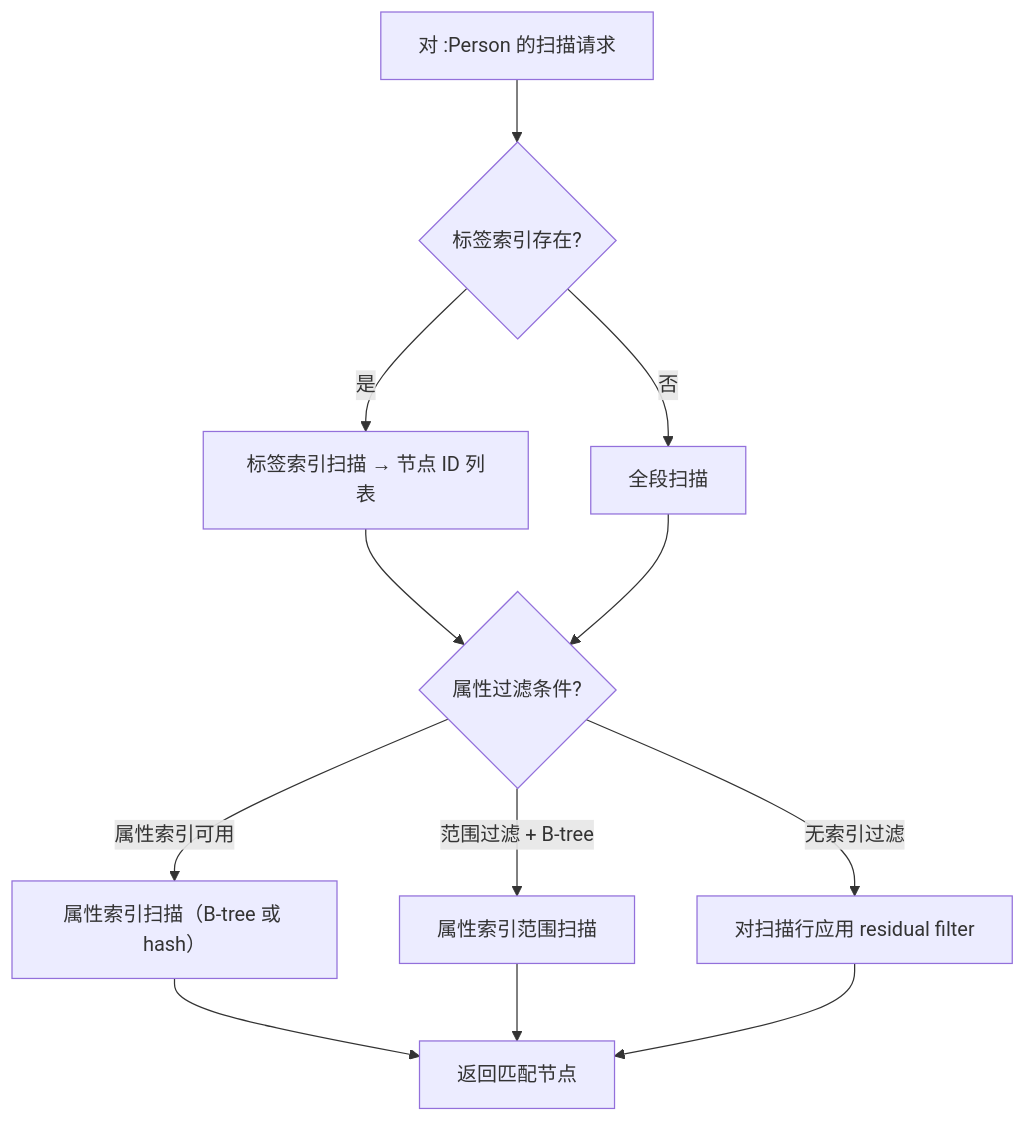
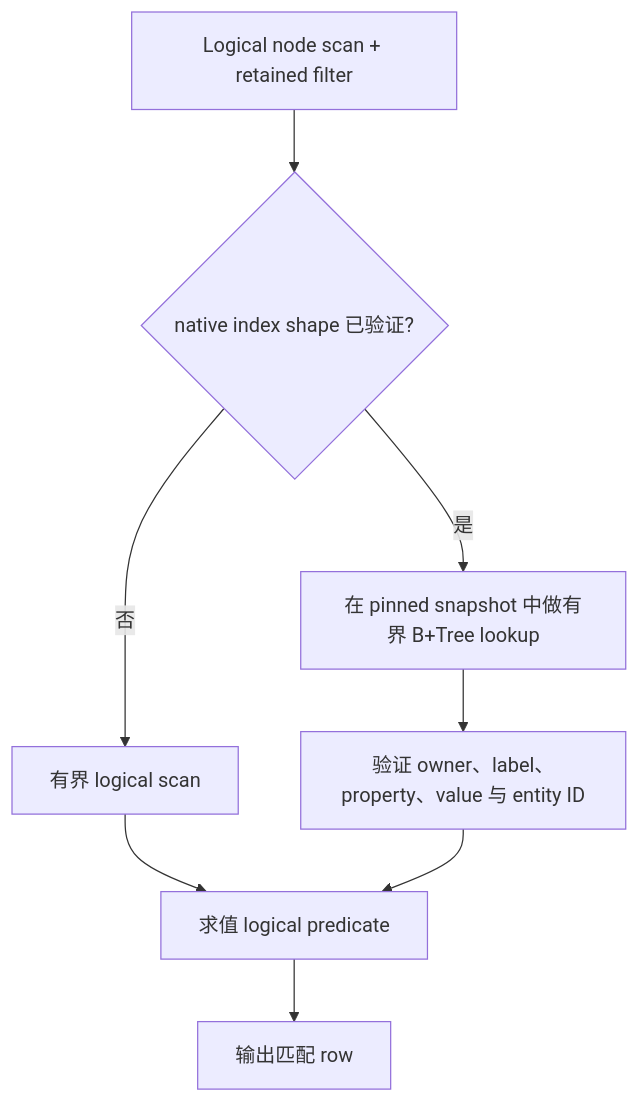
Before and after one commit to nexepic/zyx: the second of 2 diagrams in docs/apps/docs/content/docs/zh/zyx/architecture/optimization.mdx, drawn with Mermaid. The commit also changed other lines of this file and 1349 other files, not shown here.

First line of the commit message:
Retire legacy storage and harden native graph persistence

````diff
--- a/docs/apps/docs/content/docs/zh/zyx/architecture/optimization.mdx
+++ b/docs/apps/docs/content/docs/zh/zyx/architecture/optimization.mdx
@@ -43,17 +45,10 @@
 ```mermaid
 graph TD
-    A["对 :Person 的扫描请求"] --> B{标签索引存在?}
-    B -->|是| C["标签索引扫描 → 节点 ID 列表"]
-    B -->|否| D["全段扫描"]
-
-    C --> E{属性过滤条件?}
-    D --> E
-
-    E -->|"属性索引可用"| F["属性索引扫描（B-tree 或 hash）"]
-    E -->|"范围过滤 + B-tree"| G["属性索引范围扫描"]
-    E -->|"无索引过滤"| H["对扫描行应用 residual filter"]
-
-    F --> I["返回匹配节点"]
-    G --> I
-    H --> I
+    A["Logical node scan + retained filter"] --> B{"native index shape 已验证?"}
+    B -->|"是"| C["在 pinned snapshot 中做有界 B+Tree lookup"]
+    B -->|"否"| D["有界 logical scan"]
+    C --> E["验证 owner、label、property、value 与 entity ID"]
+    D --> F["求值 logical predicate"]
+    E --> F
+    F --> G["输出匹配 row"]
 ```
````
